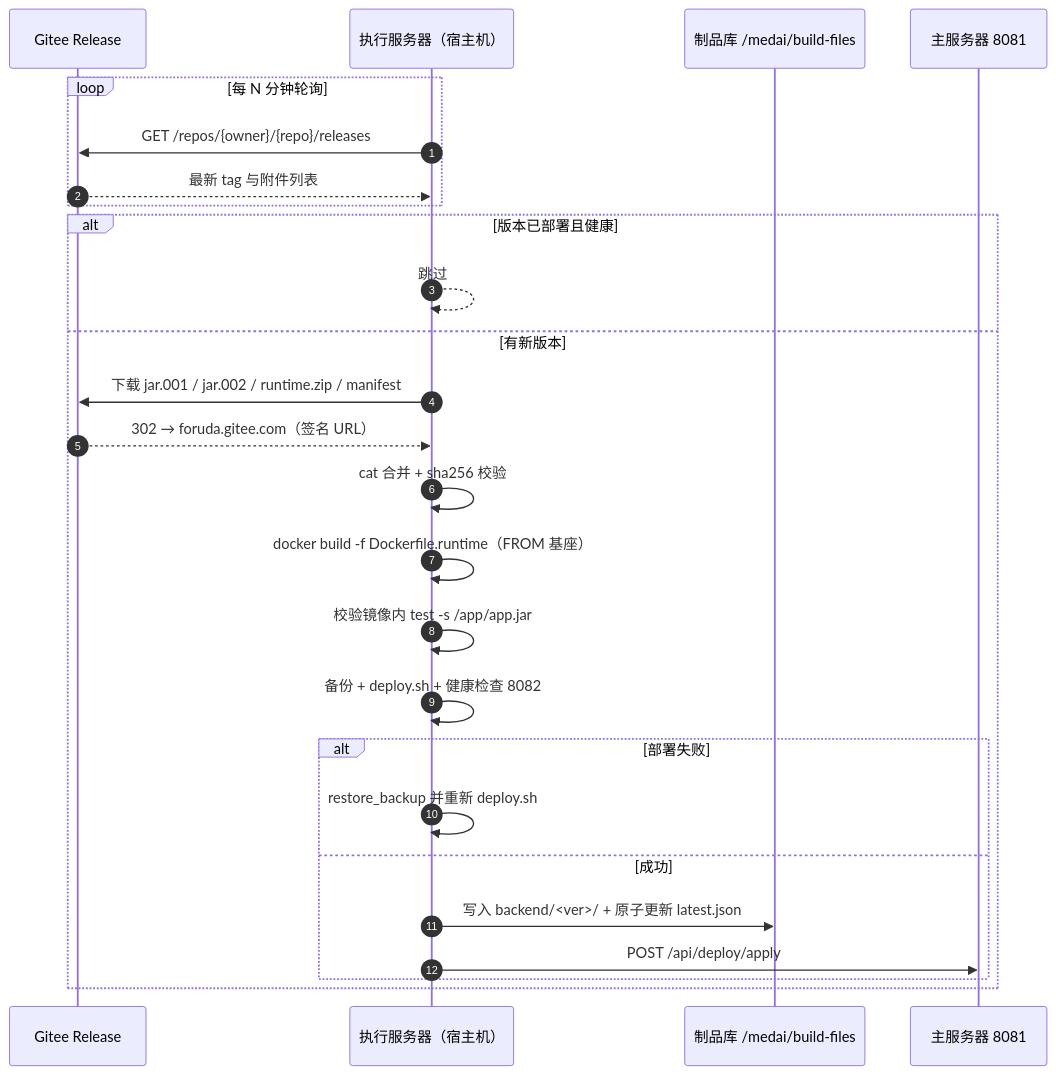
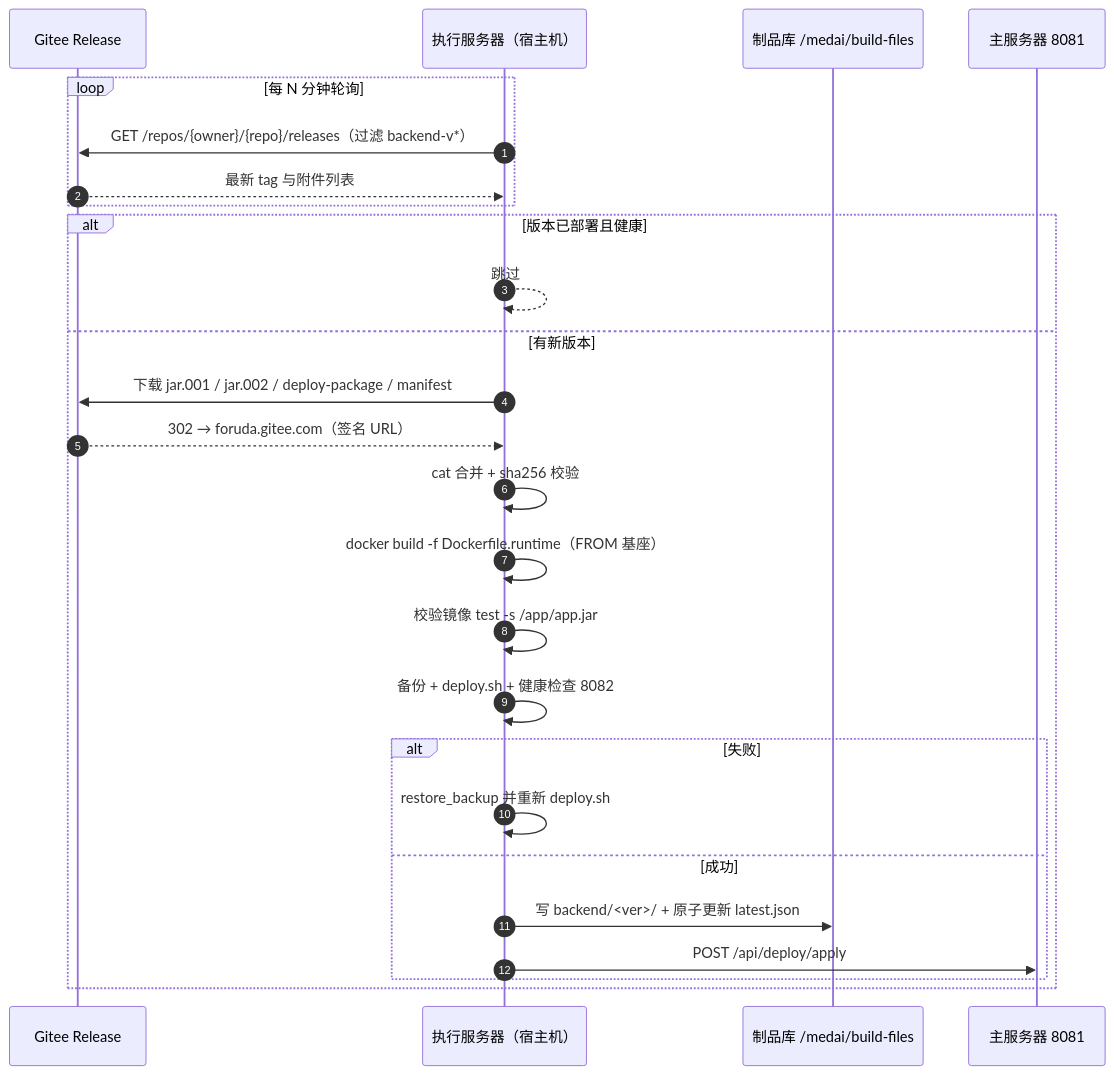
Before and after one commit to liuzh2008/med_ai_assistant_workspace: the fifth of 6 diagrams in doc/部署流程/自动部署链路改造设计-20261104.md, drawn with Mermaid. The commit also changed other lines of this file, not shown here.

Commit message:
docs(部署): grill-with-docs 审查后修订为 v4——发布单元改两个 Release、前端 CI 归位 vue 仓库、runtime 包改为扩展 deploy-package

````diff
--- a/doc/部署流程/自动部署链路改造设计-20261104.md
+++ b/doc/部署流程/自动部署链路改造设计-20261104.md
@@ -163,28 +198,28 @@
 ```mermaid
 sequenceDiagram
     autonumber
     participant G as Gitee Release
     participant E as 执行服务器（宿主机）
     participant B as 制品库 /medai/build-files
     participant M as 主服务器 8081
     loop 每 N 分钟轮询
-        E->>G: GET /repos/{owner}/{repo}/releases
+        E->>G: GET /repos/{owner}/{repo}/releases（过滤 backend-v*）
         G-->>E: 最新 tag 与附件列表
     end
     alt 版本已部署且健康
         E-->>E: 跳过
     else 有新版本
-        E->>G: 下载 jar.001 / jar.002 / runtime.zip / manifest
+        E->>G: 下载 jar.001 / jar.002 / deploy-package / manifest
         G-->>E: 302 → foruda.gitee.com（签名 URL）
         E->>E: cat 合并 + sha256 校验
         E->>E: docker build -f Dockerfile.runtime（FROM 基座）
-        E->>E: 校验镜像内 test -s /app/app.jar
+        E->>E: 校验镜像 test -s /app/app.jar
         E->>E: 备份 + deploy.sh + 健康检查 8082
-        alt 部署失败
+        alt 失败
             E->>E: restore_backup 并重新 deploy.sh
         else 成功
-            E->>B: 写入 backend/<ver>/ + 原子更新 latest.json
+            E->>B: 写 backend/<ver>/ + 原子更新 latest.json
             E->>M: POST /api/deploy/apply
         end
     end
 ```
````
